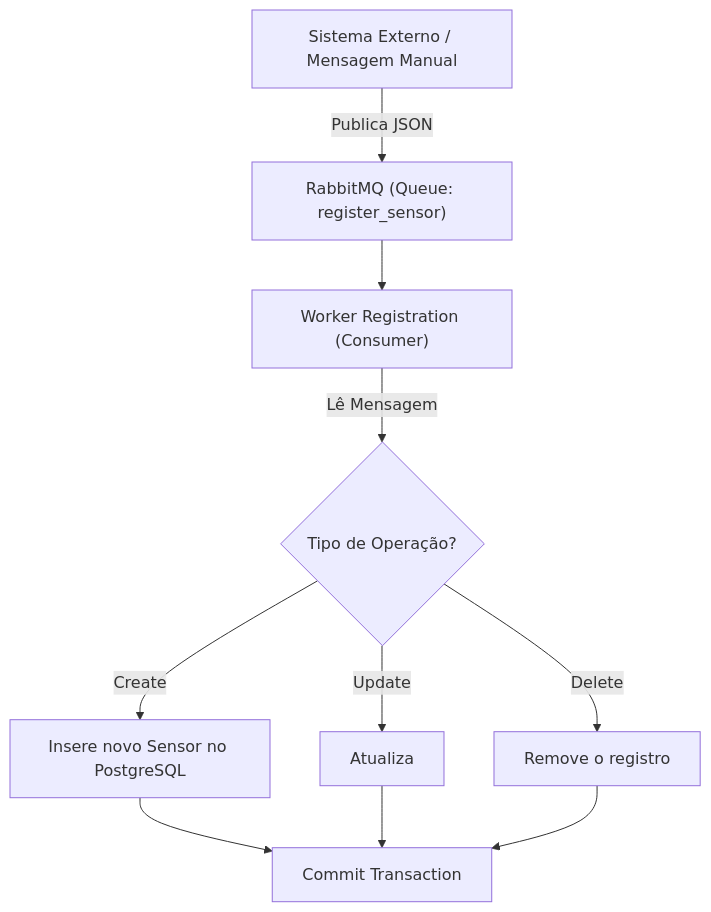
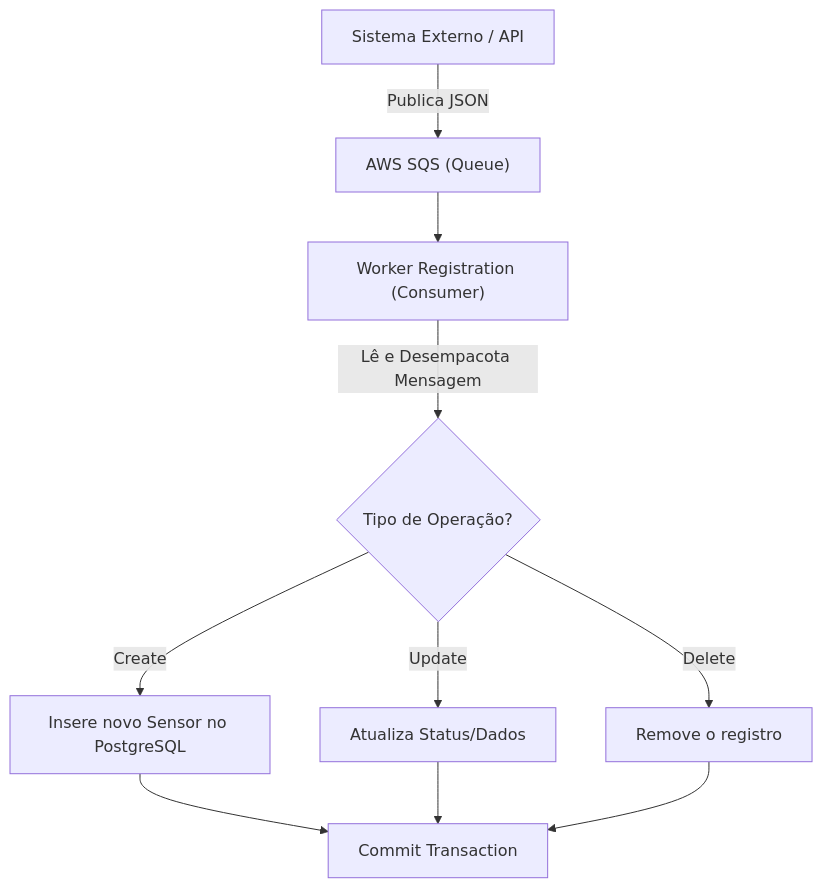
One commit to humbertoluis22/agrosolutions-worker-sensors changed the first of 2 diagrams in README.md. Above: the diagram before and after it, drawn with Mermaid. The commit also changed other lines of this file, not shown here.

````diff
--- a/README.md
+++ b/README.md
@@ -46,10 +47,10 @@
 ```mermaid
 graph TD
-    A["Sistema Externo / Mensagem Manual"] -->|Publica JSON| B["RabbitMQ (Queue: register_sensor)"];
+    A["Sistema Externo / API"] -->|Publica JSON| B["AWS SQS (Queue)"];
     B --> C["Worker Registration (Consumer)"];
-    C -->|Lê Mensagem| D{Tipo de Operação?};
+    C -->|Lê e Desempacota Mensagem| D{Tipo de Operação?};
     D -- Create --> E["Insere novo Sensor no PostgreSQL"];
-    D -- Update --> F["Atualiza"];
+    D -- Update --> F["Atualiza Status/Dados"];
     D -- Delete --> G["Remove o registro"];
     E & F & G --> H["Commit Transaction"];
 ```
````
